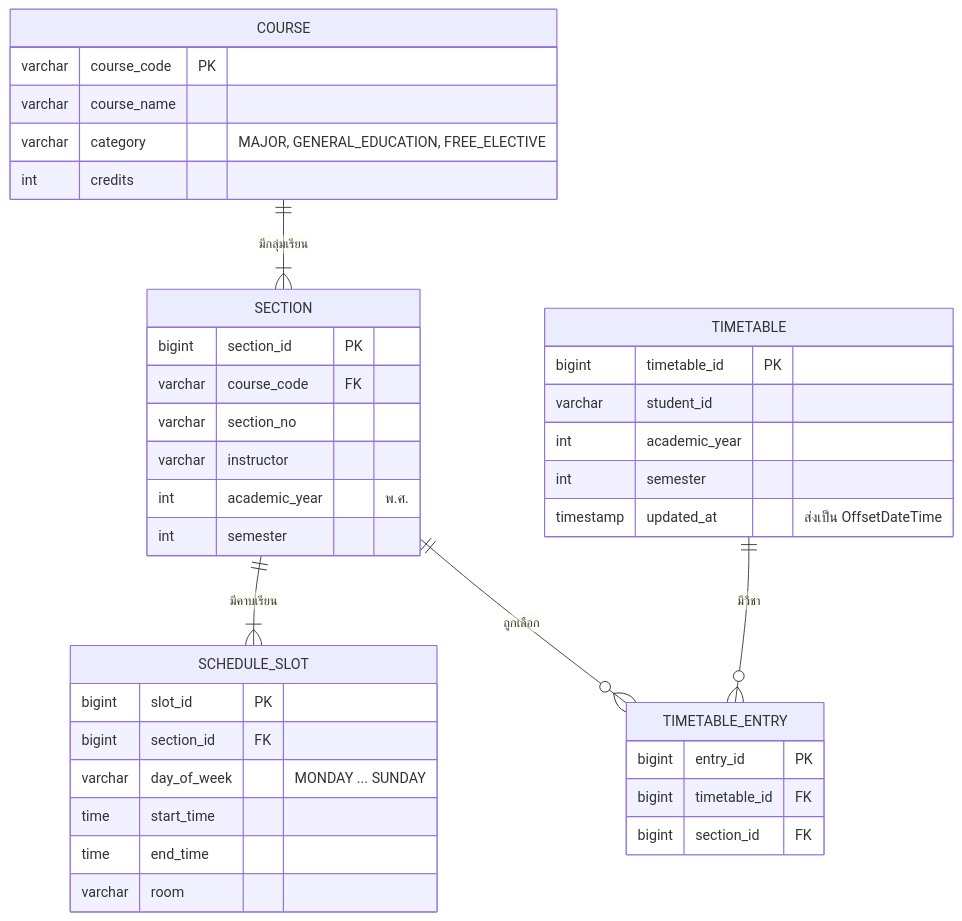
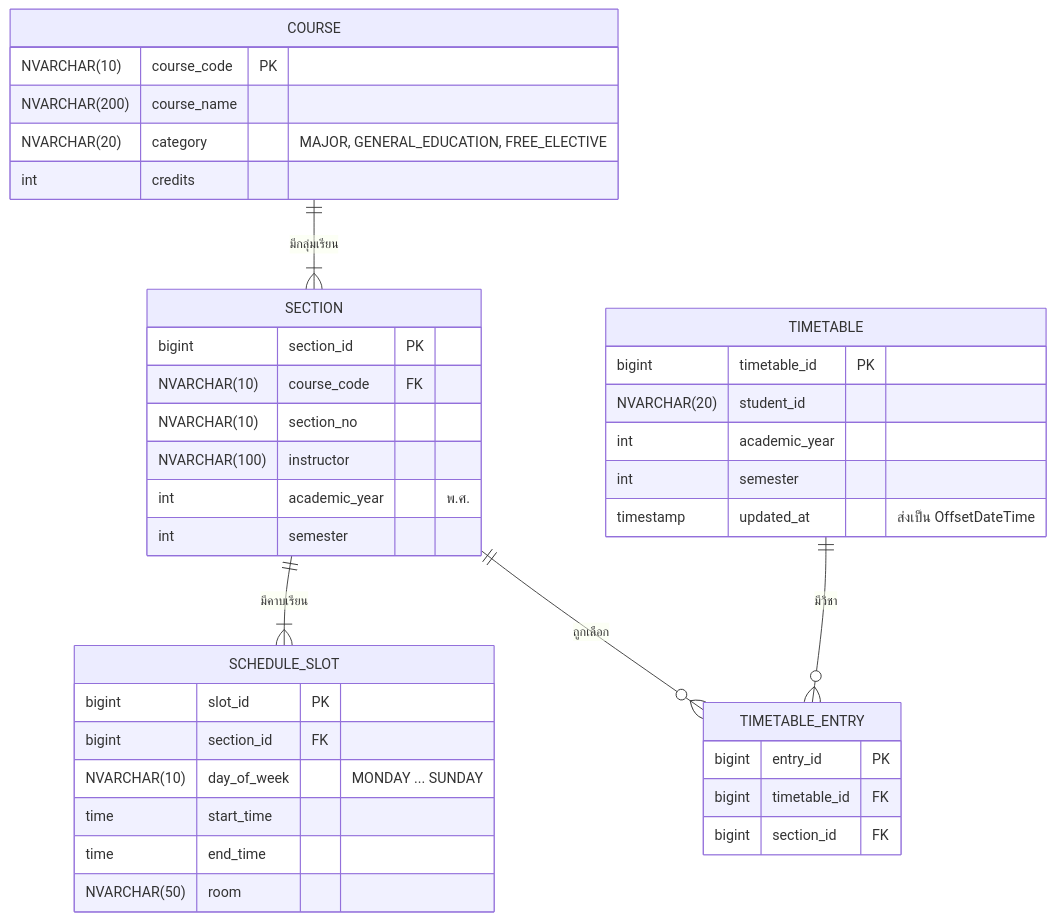
One commit to Non-Sin/CS261-G3-MockTimetableTU changed the diagram in .doc/US1/T06/US1-T06-ER-Diagram.md. Above: the diagram before and after it, drawn with Mermaid.

Commit message:
fix: Edit ER Diagram from VARCHAR to NVARCHAR(n)

````diff
--- a/.doc/US1/T06/US1-T06-ER-Diagram.md
+++ b/.doc/US1/T06/US1-T06-ER-Diagram.md
@@ -5,42 +5,42 @@
 ```mermaid
 erDiagram
     COURSE ||--|{ SECTION : "มีกลุ่มเรียน"
     SECTION ||--|{ SCHEDULE_SLOT : "มีคาบเรียน"
     TIMETABLE ||--o{ TIMETABLE_ENTRY : "มีวิชา"
     SECTION ||--o{ TIMETABLE_ENTRY : "ถูกเลือก"
 
     COURSE {
-        varchar course_code PK
-        varchar course_name
-        varchar category "MAJOR, GENERAL_EDUCATION, FREE_ELECTIVE"
+        NVARCHAR(10) course_code PK
+        NVARCHAR(200) course_name
+        NVARCHAR(20) category "MAJOR, GENERAL_EDUCATION, FREE_ELECTIVE"
         int credits
     }
     SECTION {
         bigint section_id PK
-        varchar course_code FK
-        varchar section_no
-        varchar instructor
+        NVARCHAR(10) course_code FK
+        NVARCHAR(10) section_no
+        NVARCHAR(100) instructor
         int academic_year "พ.ศ."
         int semester
     }
     SCHEDULE_SLOT {
         bigint slot_id PK
         bigint section_id FK
-        varchar day_of_week "MONDAY ... SUNDAY"
+        NVARCHAR(10) day_of_week "MONDAY ... SUNDAY"
         time start_time
         time end_time
-        varchar room
+        NVARCHAR(50) room
     }
     TIMETABLE {
         bigint timetable_id PK
-        varchar student_id
+        NVARCHAR(20) student_id
         int academic_year
         int semester
         timestamp updated_at "ส่งเป็น OffsetDateTime"
     }
     TIMETABLE_ENTRY {
         bigint entry_id PK
         bigint timetable_id FK
         bigint section_id FK
     }
 ```
````
